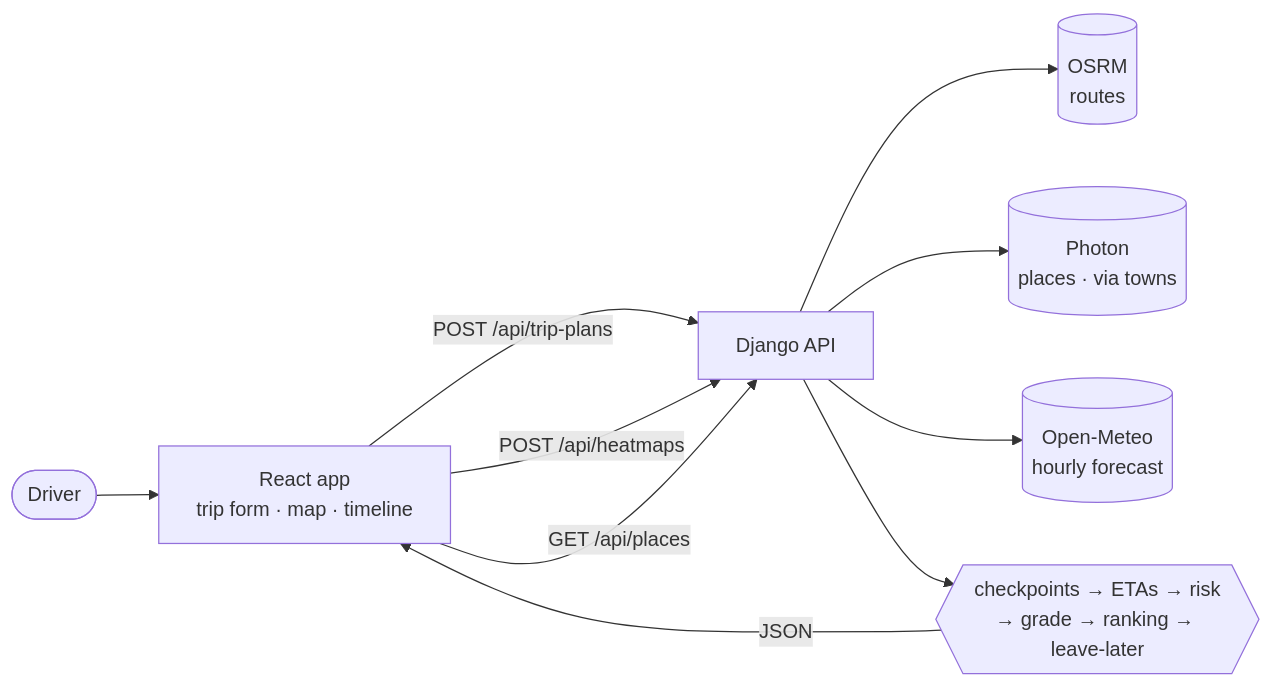
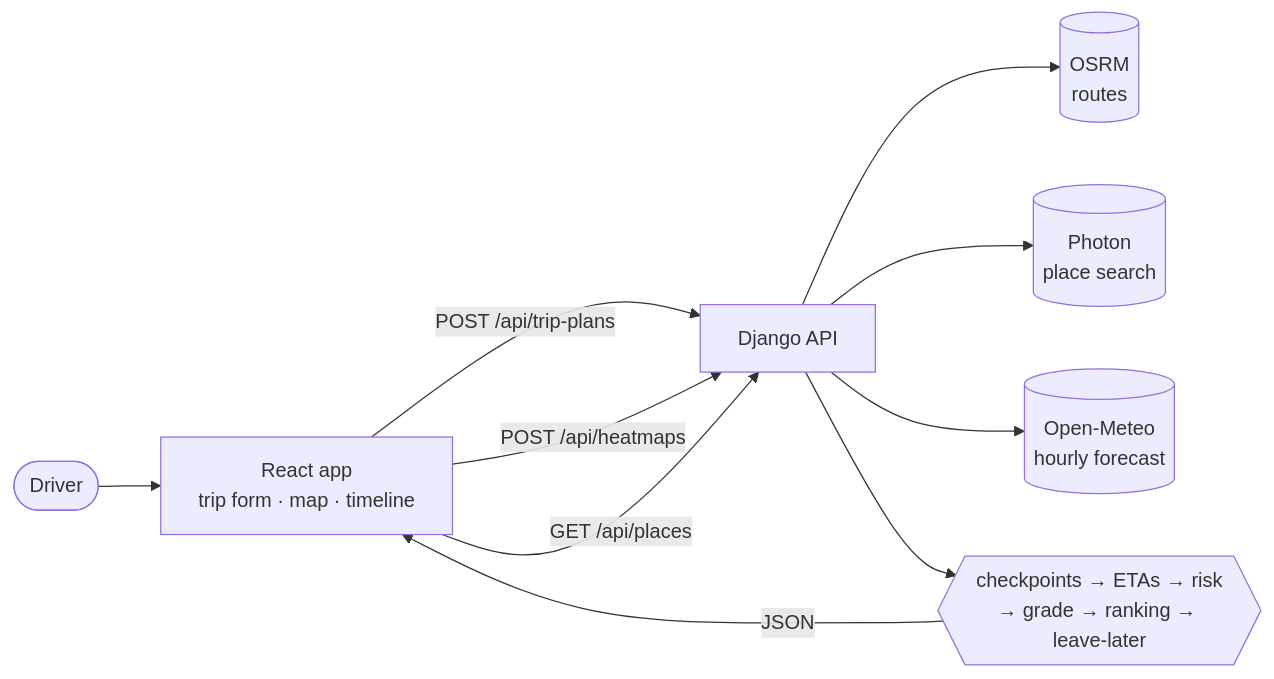
The diagram in README.md (Rizu0007/weather-aware-truck-routing), drawn with Mermaid before and after one commit. The commit also changed other lines of this file and 13 other files, not shown here.

First line of the commit message:
Find via-towns in a bundled GeoNames list instead of Photon

````diff
--- a/README.md
+++ b/README.md
@@ -85,12 +85,12 @@
 ```mermaid
 flowchart LR
     U([Driver]) --> FE[React app<br/>trip form · map · timeline]
     FE -- "POST /api/trip-plans" --> BE[Django API]
     FE -- "POST /api/heatmaps" --> BE
     FE -- "GET /api/places" --> BE
     BE --> OSRM[(OSRM<br/>routes)]
-    BE --> PH[(Photon<br/>places · via towns)]
+    BE --> PH[(Photon<br/>place search)]
     BE --> OM[(Open-Meteo<br/>hourly forecast)]
     BE --> D{{"checkpoints → ETAs → risk<br/>→ grade → ranking → leave-later"}}
     D -- JSON --> FE
 ```
````
